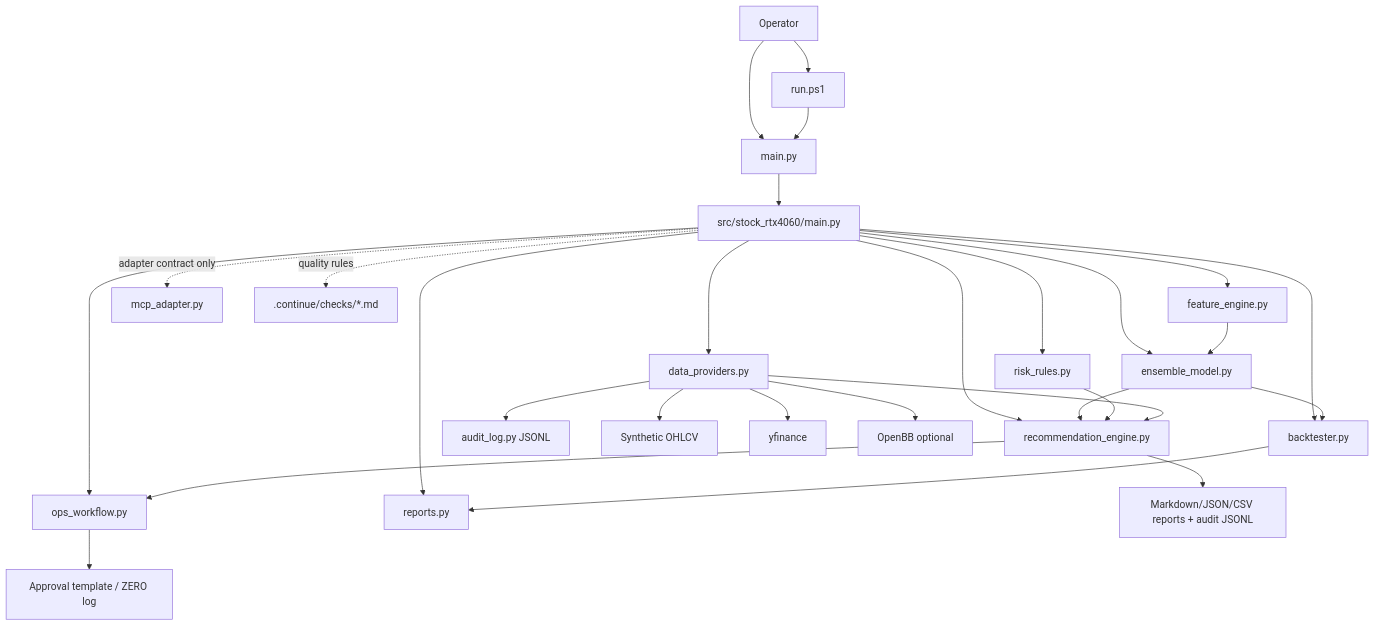
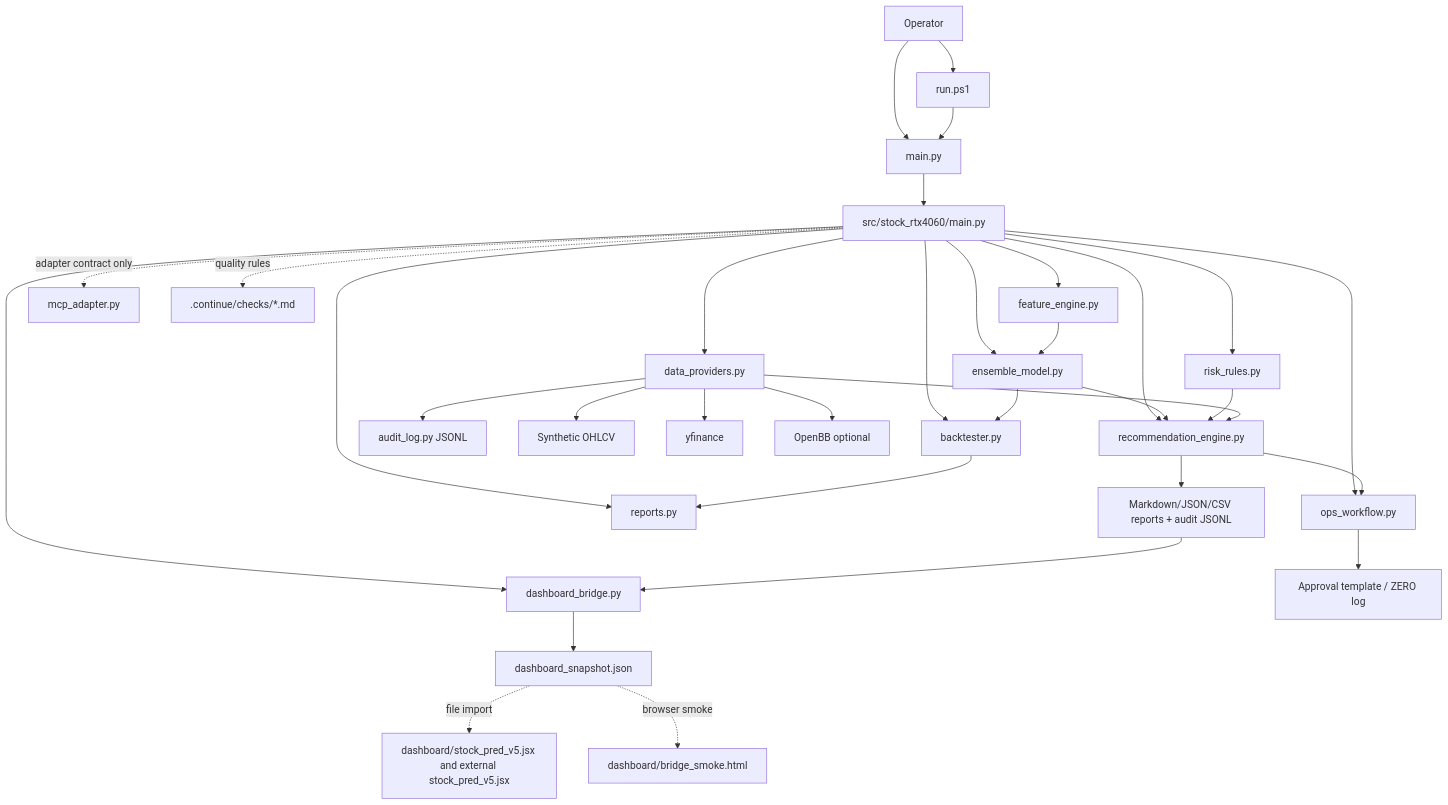
The first of 5 diagrams in docs/SYSTEM_ARCHITECTURE.md (macho715/stock_hermes), drawn with Mermaid before and after one commit. The commit also changed other lines of this file and 46 other files, not shown here.

Commit message:
Add dashboard export bridge and ops docs

````diff
--- a/docs/SYSTEM_ARCHITECTURE.md
+++ b/docs/SYSTEM_ARCHITECTURE.md
@@ -9,30 +9,35 @@
 ```mermaid
 flowchart TD
     User[Operator] --> Runner[run.ps1]
     User --> RootMain[main.py]
     Runner --> RootMain
     RootMain --> CLI[src/stock_rtx4060/main.py]
     CLI --> Feature[feature_engine.py]
     CLI --> Model[ensemble_model.py]
     CLI --> Backtest[backtester.py]
     CLI --> Risk[risk_rules.py]
     CLI --> Recommend[recommendation_engine.py]
     CLI --> Ops[ops_workflow.py]
     CLI --> Reports[reports.py]
     CLI --> Provider[data_providers.py]
+    CLI --> DashboardBridge[dashboard_bridge.py]
     CLI -. adapter contract only .-> MCP[mcp_adapter.py]
     CLI -. quality rules .-> Continue[.continue/checks/*.md]
     Provider --> Audit[audit_log.py JSONL]
     Provider --> Synthetic[Synthetic OHLCV]
     Provider --> YFinance[yfinance]
     Provider --> OpenBB[OpenBB optional]
     Feature --> Model
     Model --> Backtest
     Model --> Recommend
     Risk --> Recommend
     Provider --> Recommend
     Recommend --> Ops
     Backtest --> Reports
     Recommend --> Output[Markdown/JSON/CSV reports + audit JSONL]
+    Output --> DashboardBridge
+    DashboardBridge --> DashboardSnapshot[dashboard_snapshot.json]
+    DashboardSnapshot -. file import .-> Dashboard[dashboard/stock_pred_v5.jsx and external stock_pred_v5.jsx]
+    DashboardSnapshot -. browser smoke .-> Harness[dashboard/bridge_smoke.html]
     Ops --> Approval[Approval template / ZERO log]
 ```
````
